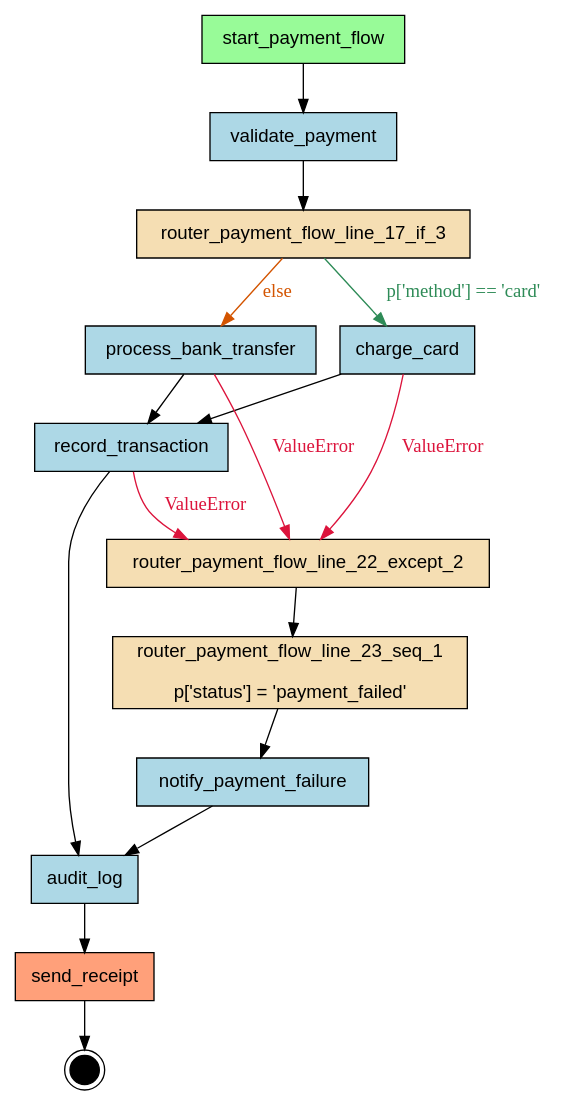
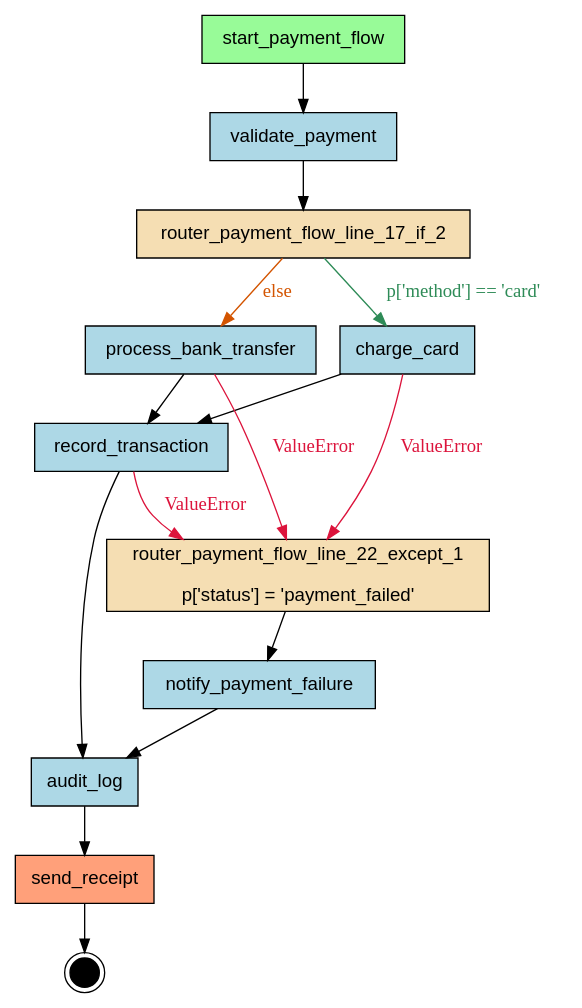
The diagram in examples/flows/compiled/try_except_with_conditional/flow.dot (deliveryhero/asya), drawn with Graphviz before and after one commit. The commit also changed 139 other files, not shown here.

Commit message:
chore: recompile all flows with int/float types in manifests

```diff
--- a/examples/flows/compiled/try_except_with_conditional/flow.dot
+++ b/examples/flows/compiled/try_except_with_conditional/flow.dot
@@ -1,36 +1,34 @@
 digraph "payment_flow" {
     rankdir=TB;
     node [shape=box, style=filled, fontname="Helvetica"];
 
     { rank=source; start_payment_flow; }
 
     audit_log [label="audit_log", fillcolor=lightblue];
     charge_card [label="charge_card", fillcolor=lightblue];
     notify_payment_failure [label="notify_payment_failure", fillcolor=lightblue];
     process_bank_transfer [label="process_bank_transfer", fillcolor=lightblue];
     record_transaction [label="record_transaction", fillcolor=lightblue];
-    router_payment_flow_line_17_if_3 [label="router_payment_flow_line_17_if_3", fillcolor=wheat];
-    router_payment_flow_line_22_except_2 [label="router_payment_flow_line_22_except_2", fillcolor=wheat];
-    router_payment_flow_line_23_seq_1 [label="router_payment_flow_line_23_seq_1\n\np['status'] = 'payment_failed'", fillcolor=wheat];
+    router_payment_flow_line_17_if_2 [label="router_payment_flow_line_17_if_2", fillcolor=wheat];
+    router_payment_flow_line_22_except_1 [label="router_payment_flow_line_22_except_1\n\np['status'] = 'payment_failed'", fillcolor=wheat];
     send_receipt [label="send_receipt", fillcolor=lightsalmon];
     start_payment_flow [label="start_payment_flow", fillcolor=palegreen];
     validate_payment [label="validate_payment", fillcolor=lightblue];
 
     __end__ [label="", shape=doublecircle, fillcolor=black, width=0.3, fixedsize=true];
 
     start_payment_flow -> validate_payment;
-    validate_payment -> router_payment_flow_line_17_if_3;
+    validate_payment -> router_payment_flow_line_17_if_2;
     audit_log -> send_receipt;
-    router_payment_flow_line_23_seq_1 -> notify_payment_failure;
-    router_payment_flow_line_22_except_2 -> router_payment_flow_line_23_seq_1;
-    router_payment_flow_line_17_if_3 -> charge_card [label="p['method'] == 'card'", color="#2E8B57", fontcolor="#2E8B57"];
+    router_payment_flow_line_22_except_1 -> notify_payment_failure;
+    notify_payment_failure -> audit_log;
+    router_payment_flow_line_17_if_2 -> charge_card [label="p['method'] == 'card'", color="#2E8B57", fontcolor="#2E8B57"];
     charge_card -> record_transaction;
-    router_payment_flow_line_17_if_3 -> process_bank_transfer [label="else", color="#D35400", fontcolor="#D35400"];
+    router_payment_flow_line_17_if_2 -> process_bank_transfer [label="else", color="#D35400", fontcolor="#D35400"];
     process_bank_transfer -> record_transaction;
-    charge_card -> router_payment_flow_line_22_except_2 [label="ValueError", color="#DC143C", fontcolor="#DC143C"];
-    process_bank_transfer -> router_payment_flow_line_22_except_2 [label="ValueError", color="#DC143C", fontcolor="#DC143C"];
-    record_transaction -> router_payment_flow_line_22_except_2 [label="ValueError", color="#DC143C", fontcolor="#DC143C"];
+    charge_card -> router_payment_flow_line_22_except_1 [label="ValueError", color="#DC143C", fontcolor="#DC143C"];
+    process_bank_transfer -> router_payment_flow_line_22_except_1 [label="ValueError", color="#DC143C", fontcolor="#DC143C"];
+    record_transaction -> router_payment_flow_line_22_except_1 [label="ValueError", color="#DC143C", fontcolor="#DC143C"];
     record_transaction -> audit_log;
-    notify_payment_failure -> audit_log;
     send_receipt -> __end__;
 }
```
